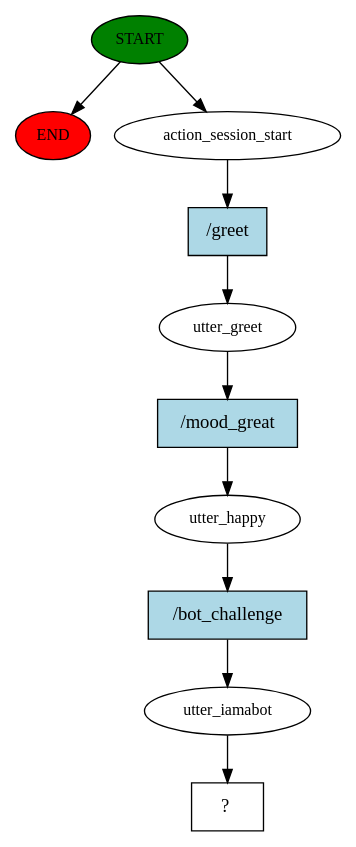
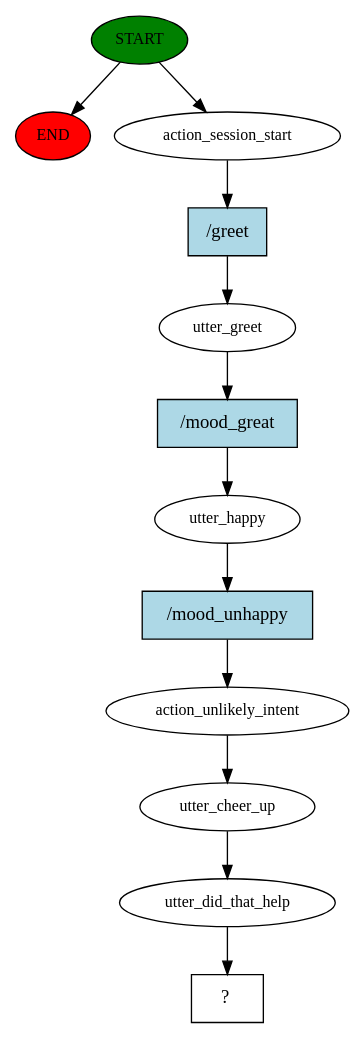
The diagram in project1/story_graph.dot (steveplexagon/projects), drawn with Graphviz before and after one commit. The commit also changed 42 other files, not shown here.

```diff
--- a/project1/story_graph.dot
+++ b/project1/story_graph.dot
@@ -1,21 +1,25 @@
 digraph  {
 0 [class="start active", fillcolor=green, fontsize=12, label=START, style=filled];
 "-1" [class=end, fillcolor=red, fontsize=12, label=END, style=filled];
 1 [class=active, fontsize=12, label=action_session_start];
 2 [class=active, fontsize=12, label=utter_greet];
 3 [class=active, fontsize=12, label=utter_happy];
-4 [class=active, fontsize=12, label=utter_iamabot];
-5 [class="intent dashed active", label="  ?  ", shape=rect];
-6 [class="intent active", fillcolor=lightblue, label="/greet", shape=rect, style=filled];
-7 [class="intent active", fillcolor=lightblue, label="/mood_great", shape=rect, style=filled];
-8 [class="intent active", fillcolor=lightblue, label="/bot_challenge", shape=rect, style=filled];
+4 [class=active, fontsize=12, label=action_unlikely_intent];
+5 [class=active, fontsize=12, label=utter_cheer_up];
+6 [class=active, fontsize=12, label=utter_did_that_help];
+7 [class="intent dashed active", label="  ?  ", shape=rect];
+8 [class="intent active", fillcolor=lightblue, label="/greet", shape=rect, style=filled];
+9 [class="intent active", fillcolor=lightblue, label="/mood_great", shape=rect, style=filled];
+10 [class="intent active", fillcolor=lightblue, label="/mood_unhappy", shape=rect, style=filled];
 0 -> "-1"  [class="", key=NONE, label=""];
 0 -> 1  [class=active, key=NONE, label=""];
-1 -> 6  [class=active, key=0];
-2 -> 7  [class=active, key=0];
-3 -> 8  [class=active, key=0];
+1 -> 8  [class=active, key=0];
+2 -> 9  [class=active, key=0];
+3 -> 10  [class=active, key=0];
 4 -> 5  [class=active, key=NONE, label=""];
-6 -> 2  [class=active, key=0];
-7 -> 3  [class=active, key=0];
-8 -> 4  [class=active, key=0];
+5 -> 6  [class=active, key=NONE, label=""];
+6 -> 7  [class=active, key=NONE, label=""];
+8 -> 2  [class=active, key=0];
+9 -> 3  [class=active, key=0];
+10 -> 4  [class=active, key=0];
 }
```
